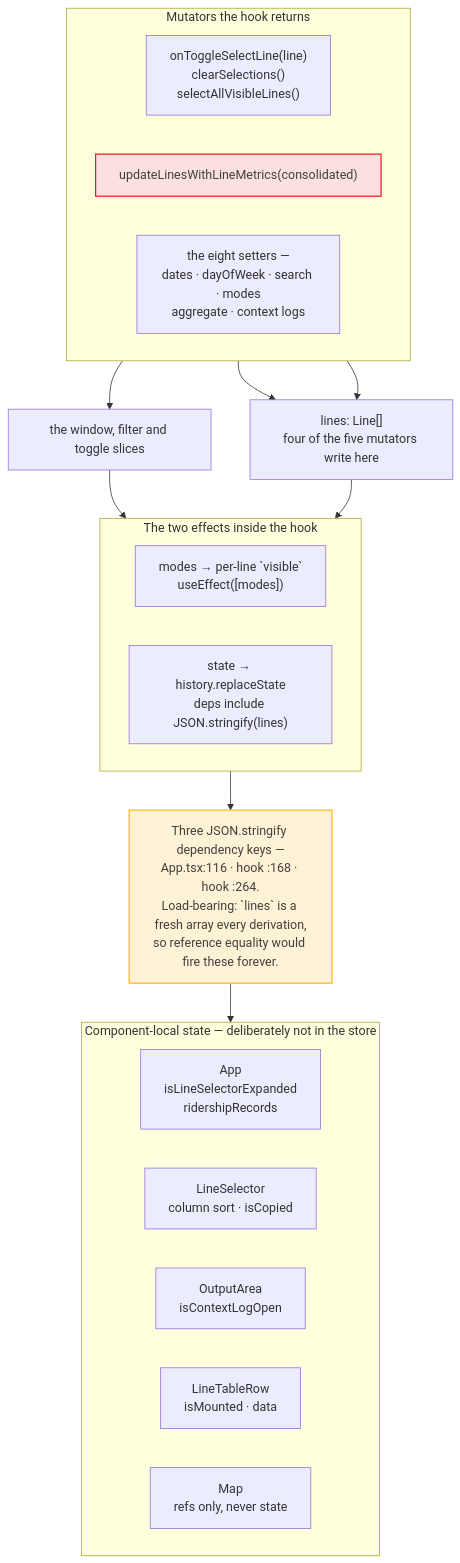
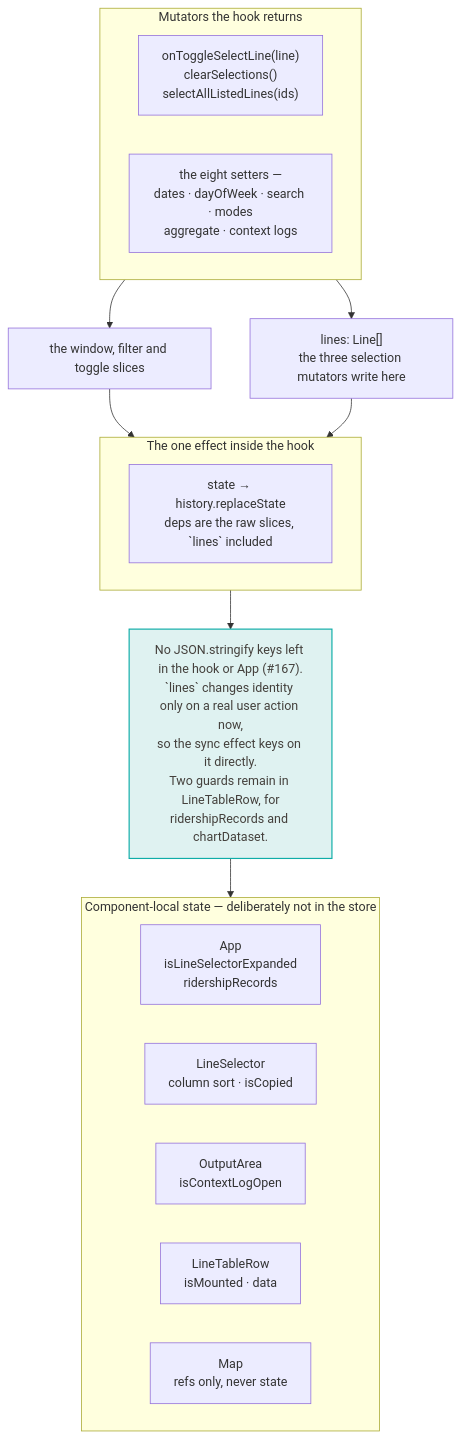
Before and after one commit to streetsforall/metro_ridership_app: the diagram in docs/architecture/mermaid/09-state-mutators-and-effects.mmd, drawn with Mermaid. The commit also changed 34 other files, not shown here.

```diff
--- a/docs/architecture/mermaid/09-state-mutators-and-effects.mmd
+++ b/docs/architecture/mermaid/09-state-mutators-and-effects.mmd
@@ -1,41 +1,36 @@
 flowchart TB
   subgraph mutators["Mutators the hook returns"]
     direction LR
-    selectionMutators["onToggleSelectLine(line)<br/>clearSelections()<br/>selectAllVisibleLines()"]
-    updateMetrics["updateLinesWithLineMetrics(consolidated)"]
+    selectionMutators["onToggleSelectLine(line)<br/>clearSelections()<br/>selectAllListedLines(ids)"]
     setters["the eight setters —<br/>dates · dayOfWeek · search · modes<br/>aggregate · context logs"]
   end
 
-  lines["lines: Line[]<br/>four of the five mutators write here"]
+  lines["lines: Line[]<br/>the three selection mutators write here"]
   otherSlices["the window, filter and toggle slices"]
 
-  subgraph effects["The two effects inside the hook"]
+  subgraph effects["The one effect inside the hook"]
     direction LR
-    modeSync["modes → per-line `visible`<br/>useEffect([modes])"]
-    urlSync["state → history.replaceState<br/>deps include JSON.stringify(lines)"]
+    urlSync["state → history.replaceState<br/>deps are the raw slices, `lines` included"]
   end
 
-  keys["Three JSON.stringify dependency keys —<br/>App.tsx:116 · hook :168 · hook :264.<br/>Load-bearing: `lines` is a fresh array every derivation,<br/>so reference equality would fire these forever."]
+  keys["No JSON.stringify keys left in the hook or App (#167).<br/>`lines` changes identity only on a real user action now,<br/>so the sync effect keys on it directly.<br/>Two guards remain in LineTableRow, for<br/>ridershipRecords and chartDataset."]
 
   subgraph local["Component-local state — deliberately not in the store"]
     direction LR
     appLocal["App<br/>isLineSelectorExpanded<br/>ridershipRecords"]
     lsLocal["LineSelector<br/>column sort · isCopied"]
     oaLocal["OutputArea<br/>isContextLogOpen"]
     ltrLocal["LineTableRow<br/>isMounted · data"]
     mapLocal["Map<br/>refs only, never state"]
   end
 
   selectionMutators --> lines
-  updateMetrics --> lines
   setters --> otherSlices
 
   lines --> effects
   otherSlices --> urlSync
   effects --> keys
   keys --> local
 
-  classDef cycle fill:#fbe0e1,stroke:#eb131b,stroke-width:1.5px,color:#44403c
-  classDef pending fill:#fdf2d6,stroke:#fdb913,stroke-width:1.5px,color:#44403c
-  class updateMetrics cycle
-  class keys pending
+  classDef key fill:#dff2f1,stroke:#0fada8,stroke-width:1.5px,color:#44403c
+  class keys key
```
